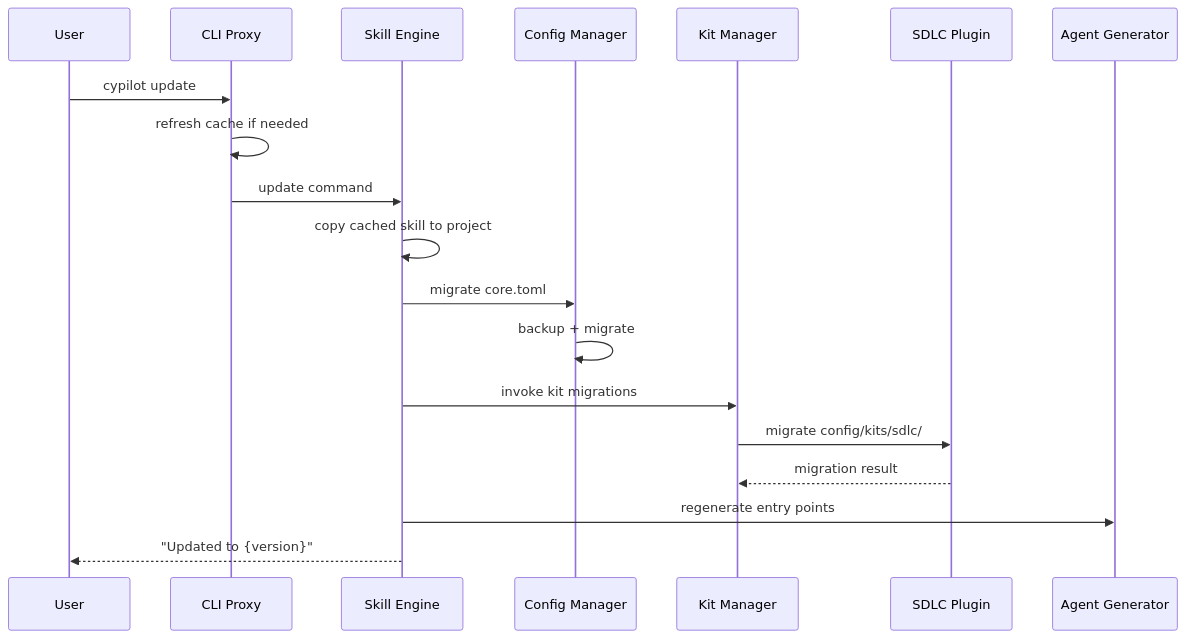
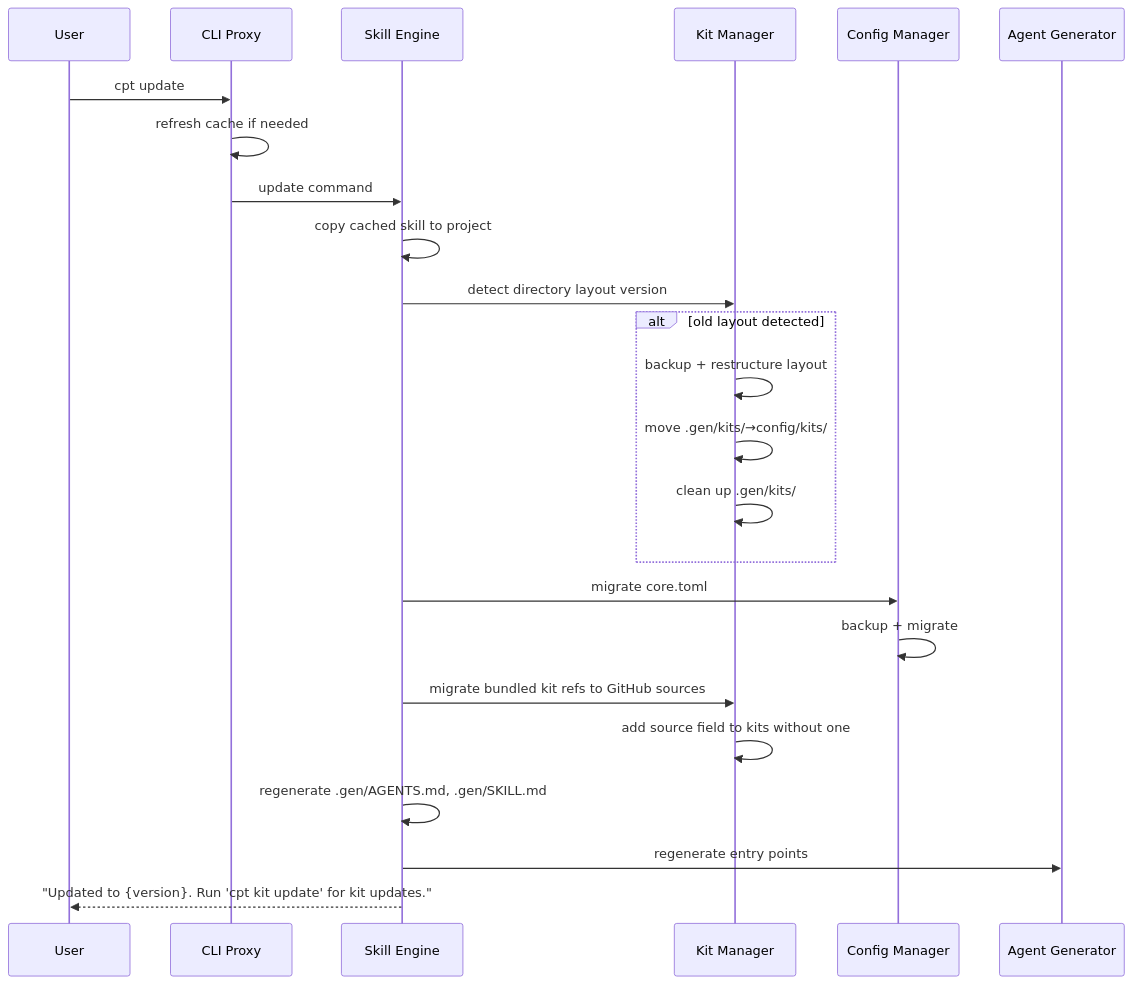
Before and after one commit to Maxitosh/katapult: the sixth of 7 diagrams in cypilot/.core/architecture/DESIGN.md, drawn with Mermaid. The commit also changed other lines of this file and 173 other files, not shown here.

First line of the commit message:
Update cypilot to latest version (#14)

````diff
--- a/cypilot/.core/architecture/DESIGN.md
+++ b/cypilot/.core/architecture/DESIGN.md
@@ -1070,14 +966,20 @@
 ```mermaid
 sequenceDiagram
-    User->>CLI Proxy: cypilot update
+    User->>CLI Proxy: cpt update
     CLI Proxy->>CLI Proxy: refresh cache if needed
     CLI Proxy->>Skill Engine: update command
     Skill Engine->>Skill Engine: copy cached skill to project
+    Skill Engine->>Kit Manager: detect directory layout version
+    alt old layout detected
+        Kit Manager->>Kit Manager: backup + restructure layout
+        Kit Manager->>Kit Manager: move .gen/kits/→config/kits/
+        Kit Manager->>Kit Manager: clean up .gen/kits/
+    end
     Skill Engine->>Config Manager: migrate core.toml
     Config Manager->>Config Manager: backup + migrate
-    Skill Engine->>Kit Manager: invoke kit migrations
-    Kit Manager->>SDLC Plugin: migrate config/kits/sdlc/
-    SDLC Plugin-->>Kit Manager: migration result
+    Skill Engine->>Kit Manager: migrate bundled kit refs to GitHub sources
+    Kit Manager->>Kit Manager: add source field to kits without one
+    Skill Engine->>Skill Engine: regenerate .gen/AGENTS.md, .gen/SKILL.md
     Skill Engine->>Agent Generator: regenerate entry points
-    Skill Engine-->>User: "Updated to {version}"
+    Skill Engine-->>User: "Updated to {version}. Run 'cpt kit update' for kit updates."
 ```
````
